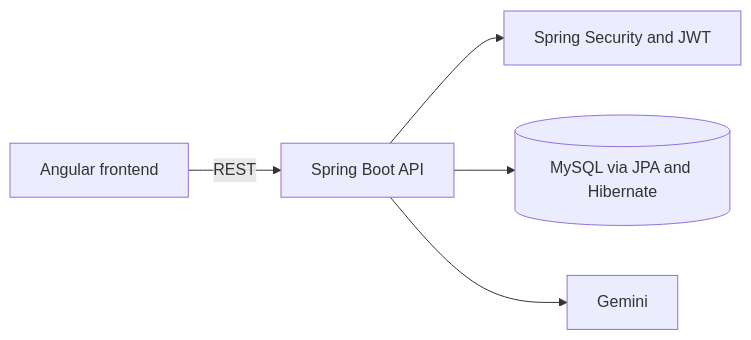
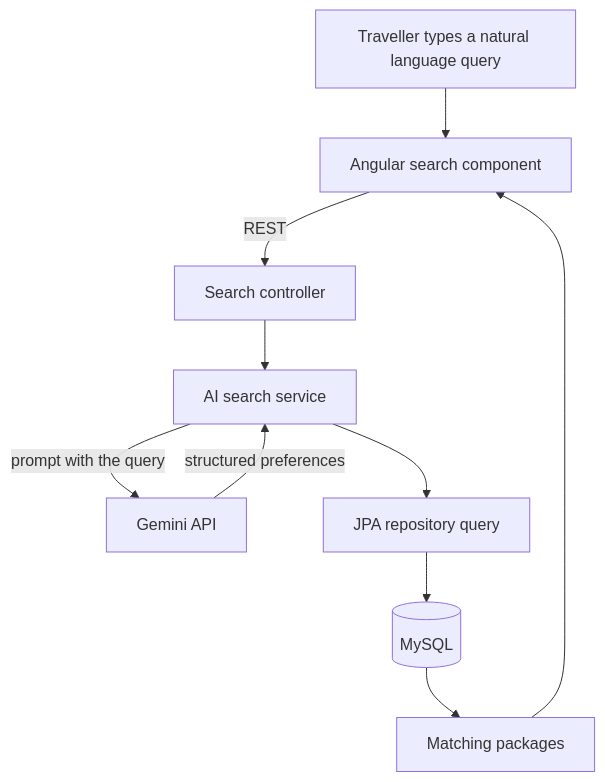
Before and after one commit to AumPanchal10/AumPanchal10: the fifth of 6 diagrams in README.md, drawn with Mermaid. The commit also changed other lines of this file, not shown here.

````diff
--- a/README.md
+++ b/README.md
@@ -135,7 +213,12 @@
 ```mermaid
-flowchart LR
-    UI[Angular frontend] -->|REST| API[Spring Boot API]
-    API --> SEC[Spring Security and JWT]
-    API --> DB[(MySQL via JPA and Hibernate)]
-    API --> AI[Gemini]
+flowchart TD
+    Q[Traveller types a natural language query] --> UI[Angular search component]
+    UI -->|REST| CTL[Search controller]
+    CTL --> AIS[AI search service]
+    AIS -->|prompt with the query| GEM[Gemini API]
+    GEM -->|structured preferences| AIS
+    AIS --> REPO[JPA repository query]
+    REPO --> DB[(MySQL)]
+    DB --> RES[Matching packages]
+    RES --> UI
 ```
````
